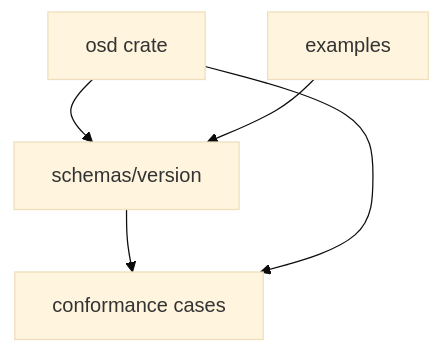
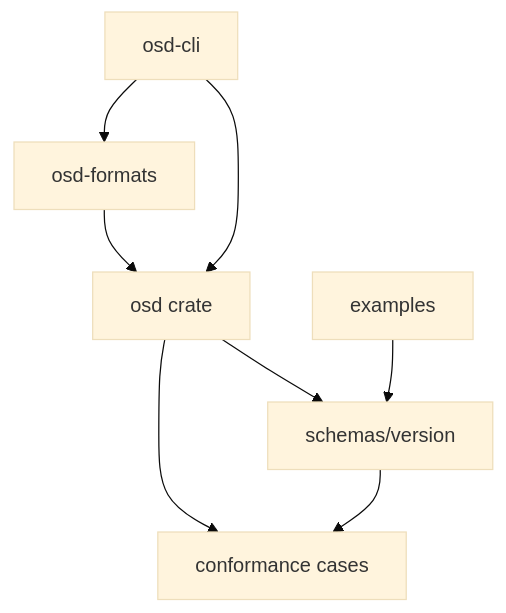
Before and after one commit to roomi-fields/open-synth-descriptors: the second of 2 diagrams in docs/ARCHITECTURE.md, drawn with Mermaid (base theme). The commit also changed other lines of this file and 18 other files, not shown here.

First line of the commit message:
feat: the osd command and the other formats get their packages

````diff
--- a/docs/ARCHITECTURE.md
+++ b/docs/ARCHITECTURE.md
@@ -38,7 +40,10 @@
 ```mermaid
 flowchart TB
   schemas[schemas/version] --> cases[conformance cases]
   osd[osd crate] --> schemas
   osd --> cases
   examples[examples] --> schemas
+  cli[osd-cli] --> osd
+  fmt[osd-formats] --> osd
+  cli --> fmt
 ```
````
